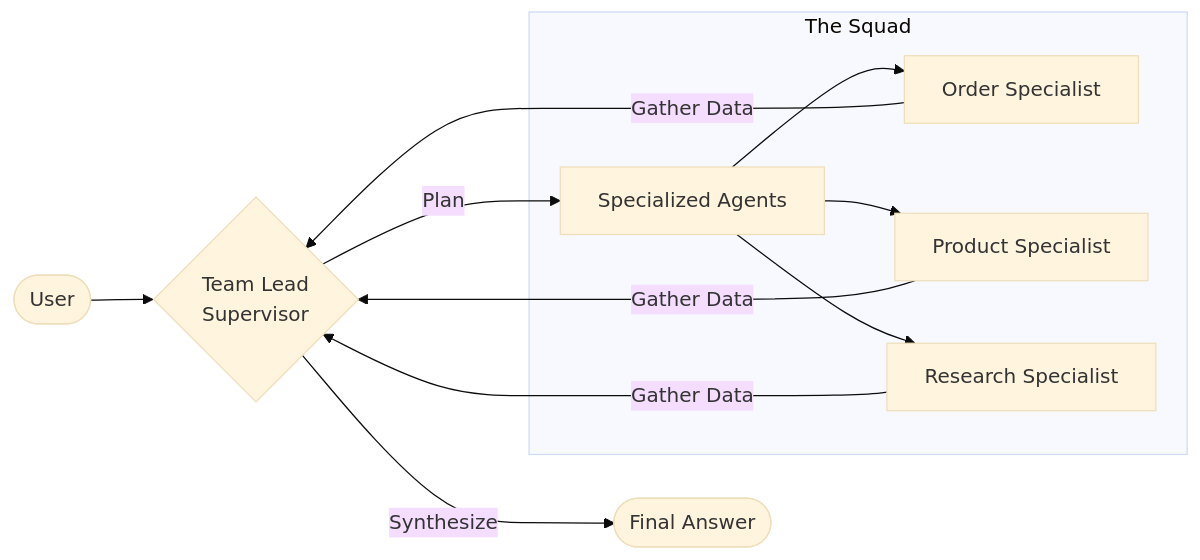
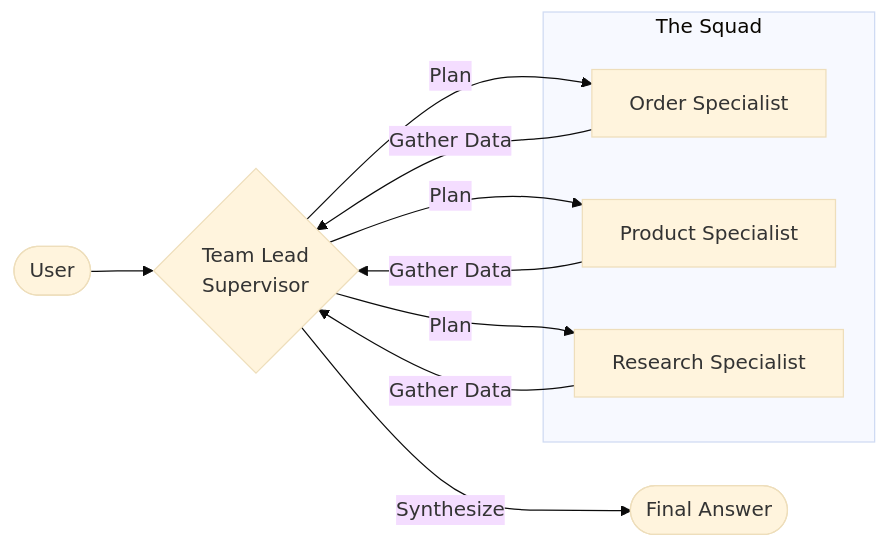
The diagram in README.md (victorwei1122/ai_agent_with_business_case), drawn with Mermaid (base theme) before and after one commit.

Commit message:
updated readme to avoid confusion

````diff
--- a/README.md
+++ b/README.md
@@ -9,14 +9,21 @@
 ```mermaid
 graph LR
     User([User]) --> Supervisor{Team Lead<br/>Supervisor}
-    Supervisor -->|Plan| Agents[Specialized Agents]
+    
     subgraph "The Squad"
-        Agents --> OrderAgent[Order Specialist]
-        Agents --> ProductAgent[Product Specialist]
-        Agents --> ResearchAgent[Research Specialist]
+        OrderAgent[Order Specialist]
+        ProductAgent[Product Specialist]
+        ResearchAgent[Research Specialist]
     end
+
+    Supervisor -->|Plan| OrderAgent
+    Supervisor -->|Plan| ProductAgent
+    Supervisor -->|Plan| ResearchAgent
+    
     OrderAgent -->|Gather Data| Supervisor
     ProductAgent -->|Gather Data| Supervisor
     ResearchAgent -->|Gather Data| Supervisor
+    
     Supervisor -->|Synthesize| Final([Final Answer])
+
 ```
````
